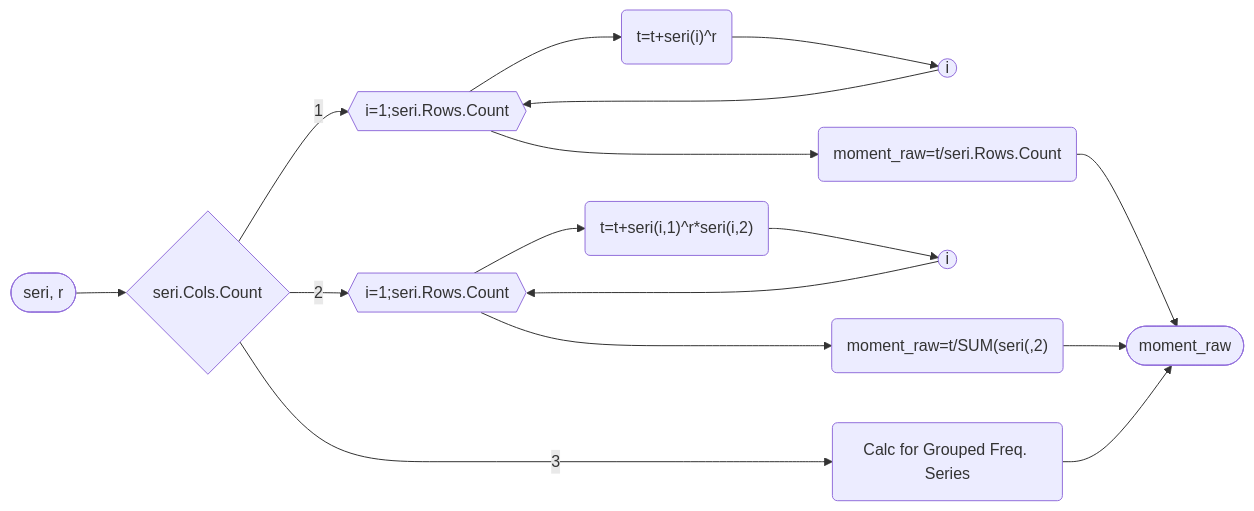
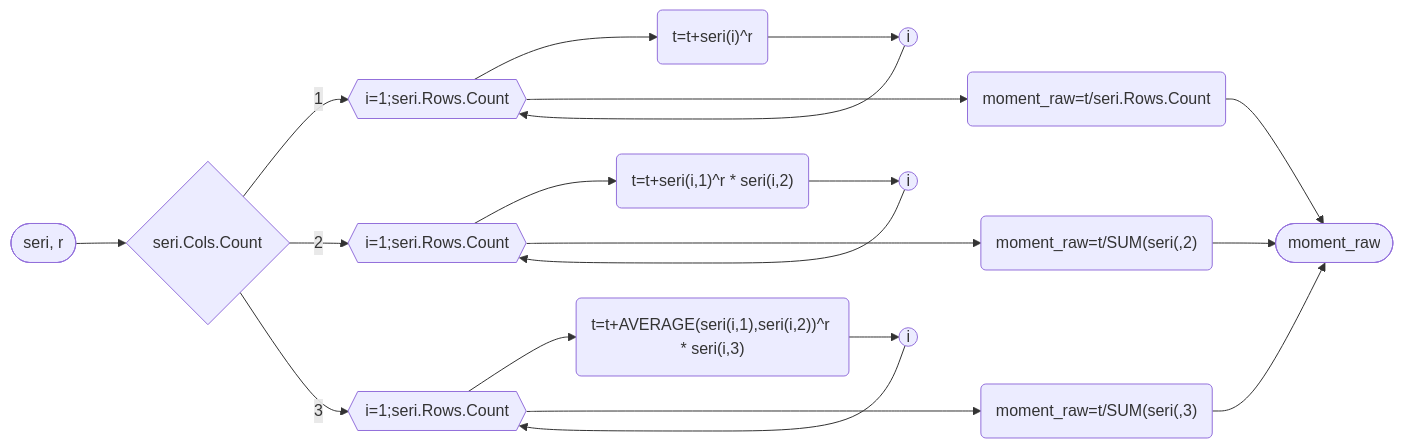
The diagram in VBA_Statistics/README.md (lterlemez/Excel-VBA--statistik), drawn with Mermaid before and after one commit.

````diff
--- a/VBA_Statistics/README.md
+++ b/VBA_Statistics/README.md
@@ -50,15 +50,17 @@
 ```mermaid
 flowchart LR
 A([seri, r]) --> B
 B{seri.Cols.Count}
 B--1--> E{{"i=1;seri.Rows.Count"}} 
 E-->F("t=t+seri(i)^r")-->G((i)) 
 G-->E 
-E--->H("moment_raw=t/seri.Rows.Count")-->J([moment_raw])
+E---->H("moment_raw=t/seri.Rows.Count")-->J([moment_raw])
 B--2-->K{{"i=1;seri.Rows.Count"}}
-K-->M("t=t+seri(i,1)^r*seri(i,2)")-->N((i))
+K-->M("t=t+seri(i,1)^r * seri(i,2)")-->N((i))
 N-->K
-K--->O("moment_raw=t/SUM(seri(,2)")-->J([moment_raw])
-B--3-->L(Calc for Grouped Freq. Series)
-L-->J
+K---->O("moment_raw=t/SUM(seri(,2)")-->J([moment_raw])
+B--3-->L{{"i=1;seri.Rows.Count"}}
+L-->P("t=t+AVERAGE(seri(i,1),seri(i,2))^r * seri(i,3)")-->Q((i))
+Q-->L
+L---->R("moment_raw=t/SUM(seri(,3)")-->J([moment_raw])
 ```
````
